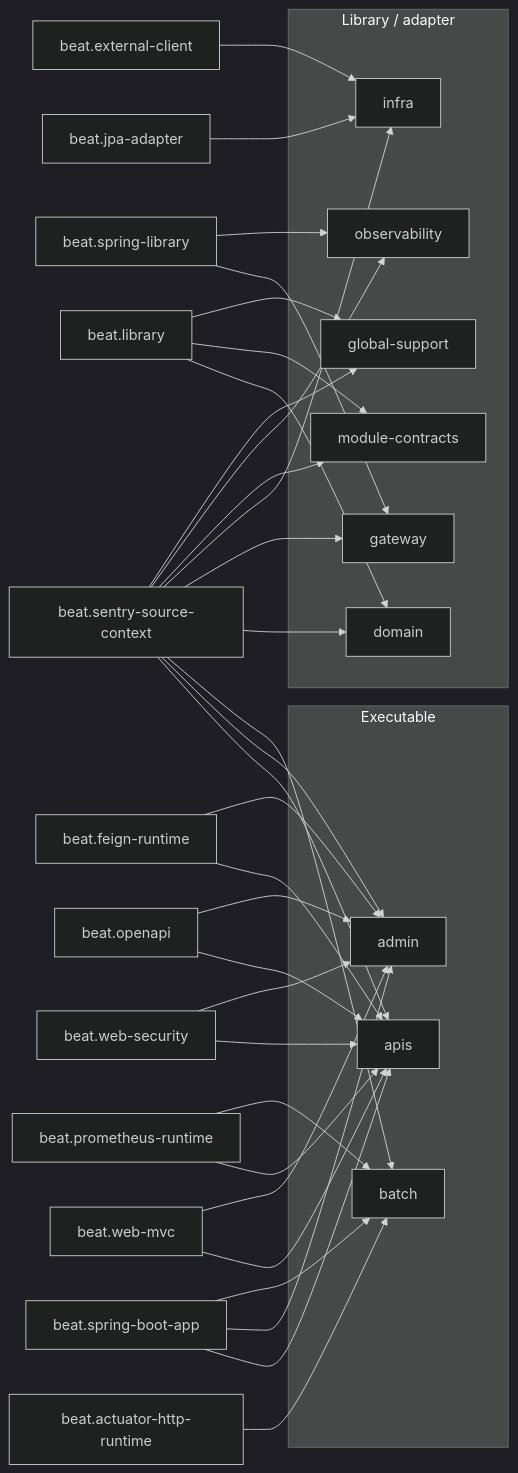
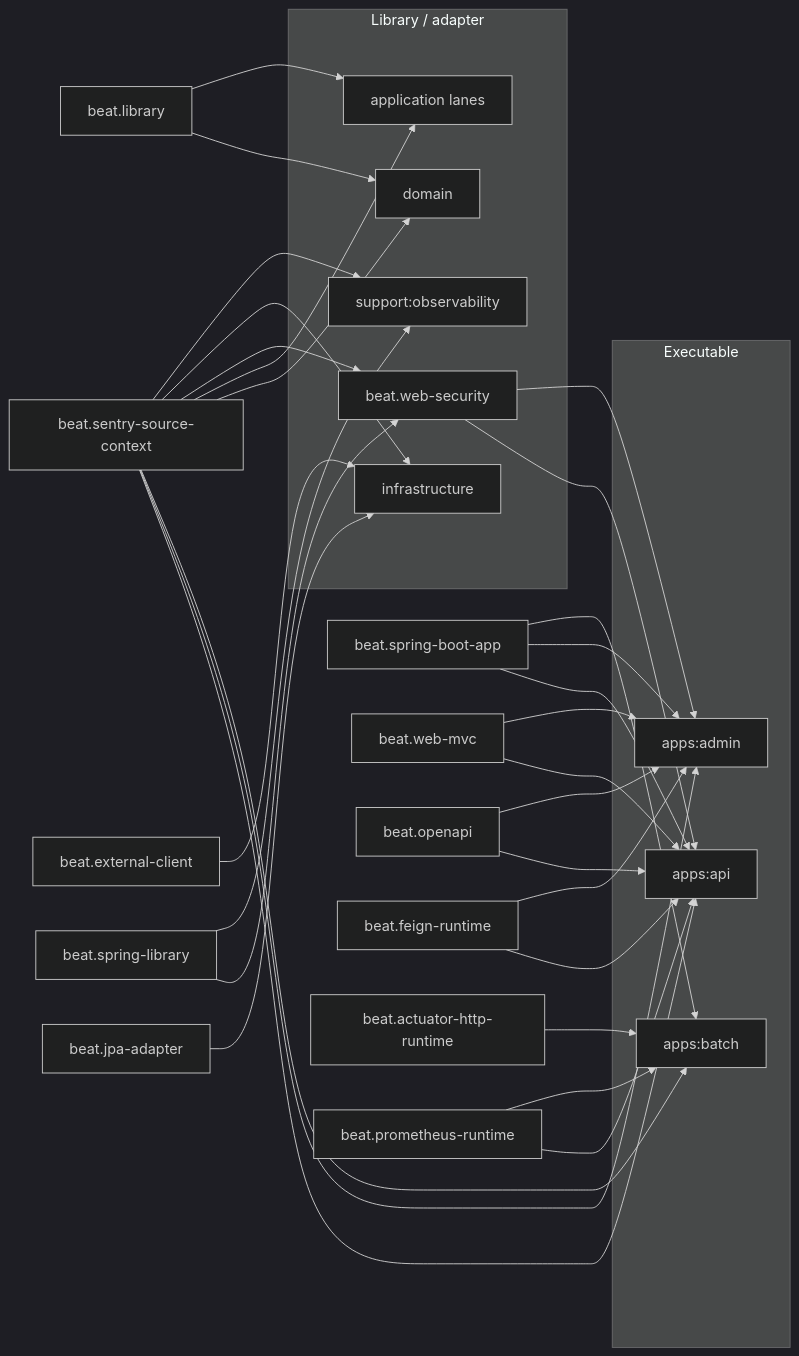
Before and after one commit to TEAM-BEAT/BEAT-SERVER: the third of 4 diagrams in build-logic/README.md, drawn with Mermaid (dark theme). The commit also changed other lines of this file and 1287 other files, not shown here.

````diff
--- a/build-logic/README.md
+++ b/build-logic/README.md
@@ -249,64 +247,61 @@
 ```mermaid
 flowchart LR
     subgraph Apps[Executable]
-        APIs[apis]
-        Admin[admin]
-        Batch[batch]
+        APIs[apps:api]
+        Admin[apps:admin]
+        Batch[apps:batch]
     end
 
     subgraph Libs[Library / adapter]
         Domain[domain]
-        Gateway[gateway]
-        Infra[infra]
-        Contracts[module-contracts]
-        Observability[observability]
-        Support[global-support]
+        Applications[application lanes]
+        Security[support:security]
+        Infra[infrastructure]
+        Observability[support:observability]
     end
 
     SpringBoot[beat.spring-boot-app]
     WebMvc[beat.web-mvc]
     Security[beat.web-security]
     OpenAPI[beat.openapi]
     Feign[beat.feign-runtime]
     Actuator[beat.actuator-http-runtime]
     Prometheus[beat.prometheus-runtime]
     SpringLib[beat.spring-library]
     Library[beat.library]
     Jpa[beat.jpa-adapter]
     External[beat.external-client]
     Sentry[beat.sentry-source-context]
 
     SpringBoot --> APIs
     SpringBoot --> Admin
     SpringBoot --> Batch
 
     WebMvc --> APIs
     WebMvc --> Admin
     Security --> APIs
     Security --> Admin
     OpenAPI --> APIs
     OpenAPI --> Admin
     Feign --> APIs
     Feign --> Admin
     Actuator --> Batch
     Prometheus --> APIs
     Prometheus --> Batch
 
     Library --> Domain
-    Library --> Contracts
-    Library --> Support
-    SpringLib --> Gateway
+    Library --> Applications
+    SpringLib --> Security
     SpringLib --> Observability
     Jpa --> Infra
     External --> Infra
 
     Sentry --> APIs
     Sentry --> Admin
     Sentry --> Batch
     Sentry --> Domain
-    Sentry --> Gateway
+    Sentry --> Applications
+    Sentry --> Security
     Sentry --> Infra
-    Sentry --> Contracts
     Sentry --> Observability
-    Sentry --> Support
 ```
````
